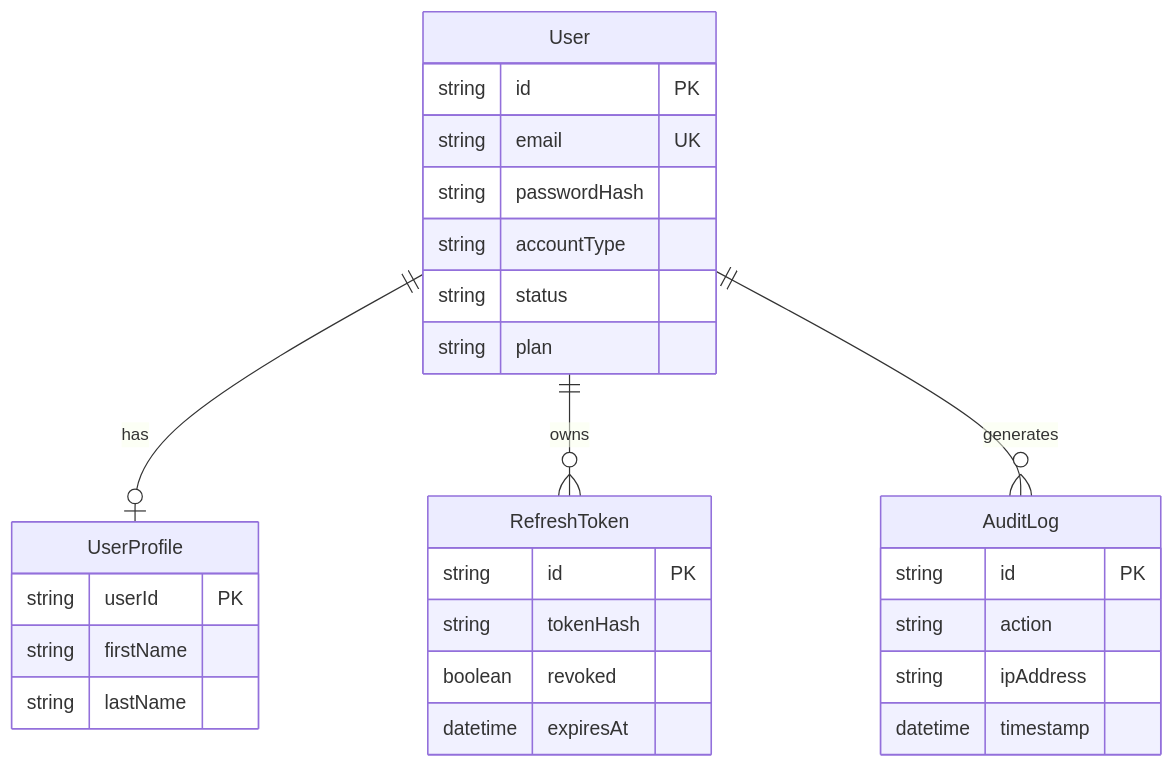
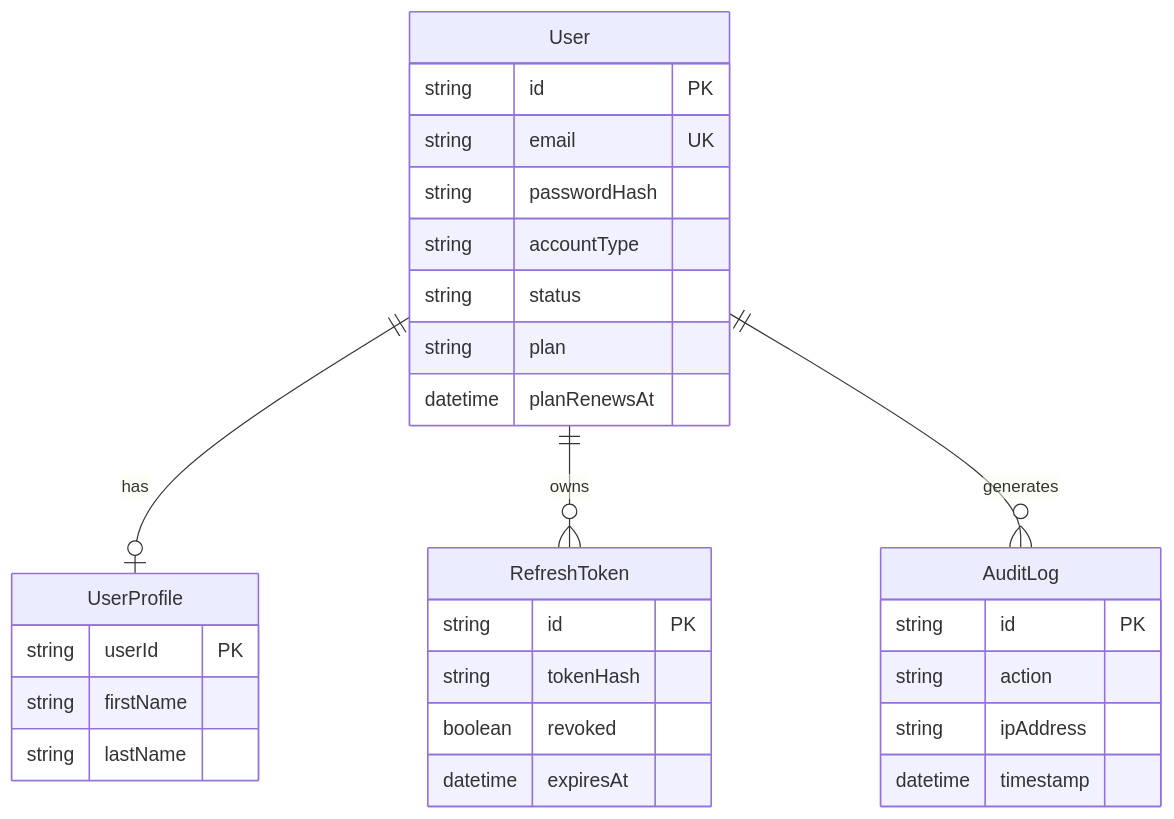
Before and after one commit to Tombomeke-Studios/FinVault: the fourth of 7 diagrams in docs/architecture.md, drawn with Mermaid. The commit also changed other lines of this file and 10 other files, not shown here.

````diff
--- a/docs/architecture.md
+++ b/docs/architecture.md
@@ -125,32 +125,33 @@
 ```mermaid
 erDiagram
     User ||--o| UserProfile : has
     User ||--o{ RefreshToken : owns
     User ||--o{ AuditLog : generates
 
     User {
         string id PK
         string email UK
         string passwordHash
         string accountType
         string status
         string plan
+        datetime planRenewsAt
     }
     UserProfile {
         string userId PK
         string firstName
         string lastName
     }
     RefreshToken {
         string id PK
         string tokenHash
         boolean revoked
         datetime expiresAt
     }
     AuditLog {
         string id PK
         string action
         string ipAddress
         datetime timestamp
     }
 ```
````
